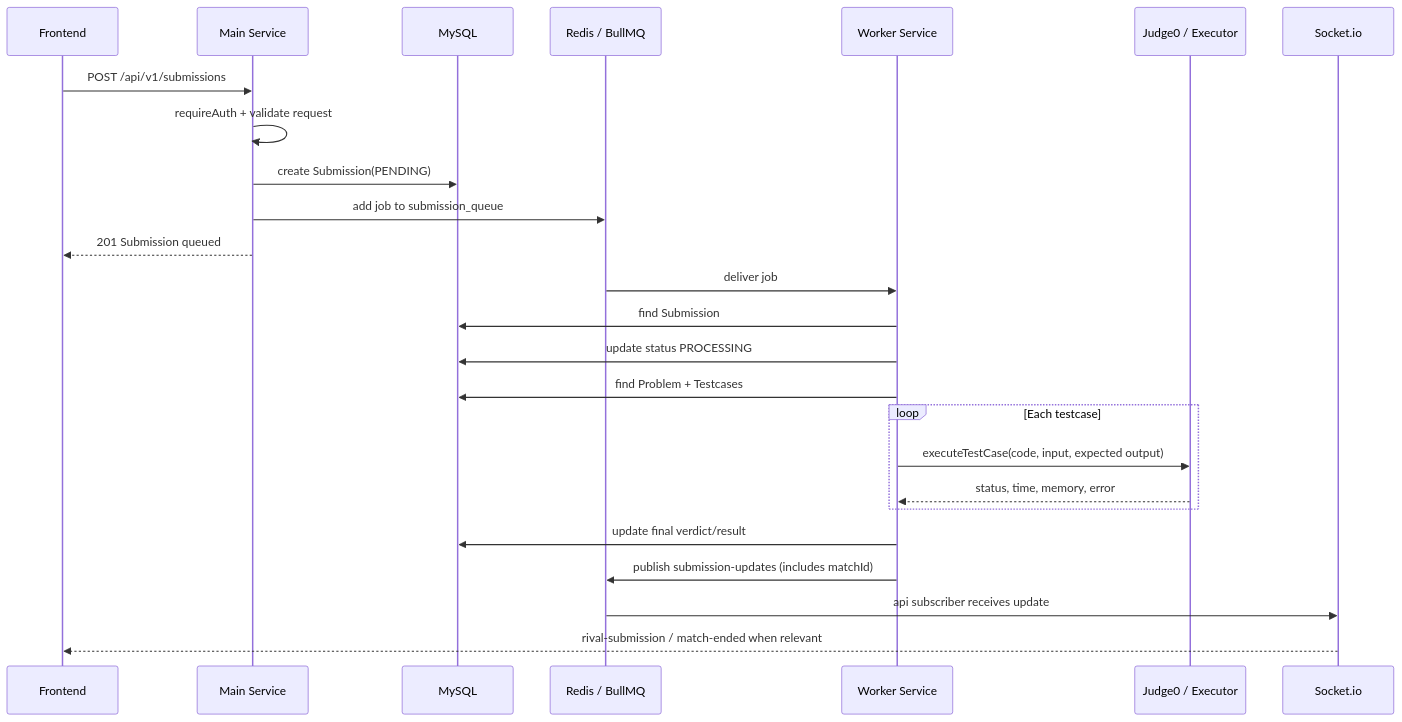
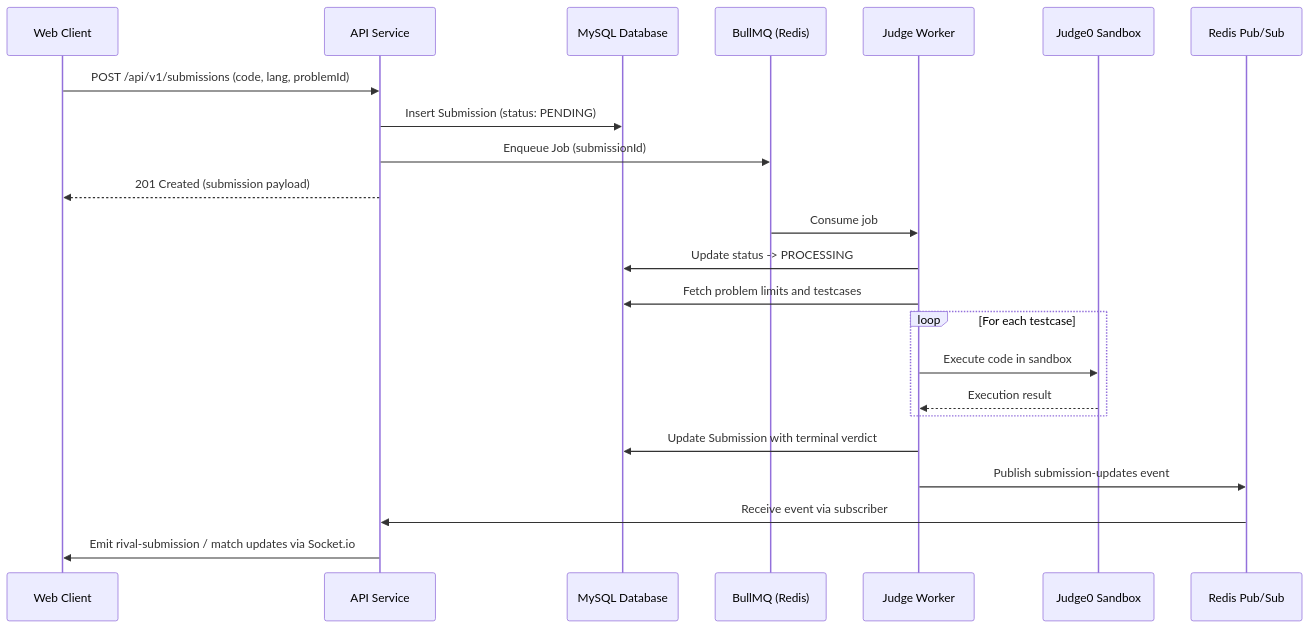
One commit to jack1e2401/fessior changed the diagram in docs/judging-pipeline.md. Above: the diagram before and after it, drawn with Mermaid. The commit also changed other lines of this file and 55 other files, not shown here.

````diff
--- a/docs/judging-pipeline.md
+++ b/docs/judging-pipeline.md
@@ -7,31 +11,27 @@
 ```mermaid
 sequenceDiagram
-  participant FE as Frontend
-  participant API as Main Service
-  participant MySQL as MySQL
-  participant Redis as Redis / BullMQ
-  participant Worker as Worker Service
-  participant Judge as Judge0 / Executor
-  participant Socket as Socket.io
+  participant Client as Web Client
+  participant API as API Service
+  participant MySQL as MySQL Database
+  participant Queue as BullMQ (Redis)
+  participant Worker as Judge Worker
+  participant Judge0 as Judge0 Sandbox
+  participant PubSub as Redis Pub/Sub
 
-  FE->>API: POST /api/v1/submissions
-  API->>API: requireAuth + validate request
-  API->>MySQL: create Submission(PENDING)
-  API->>Redis: add job to submission_queue
-  API-->>FE: 201 Submission queued
+  Client->>API: POST /api/v1/submissions (code, lang, problemId)
+  API->>MySQL: Insert Submission (status: PENDING)
+  API->>Queue: Enqueue Job (submissionId)
+  API-->>Client: 201 Created (submission payload)
 
-  Redis->>Worker: deliver job
-  Worker->>MySQL: find Submission
-  Worker->>MySQL: update status PROCESSING
-  Worker->>MySQL: find Problem + Testcases
-
-  loop Each testcase
-    Worker->>Judge: executeTestCase(code, input, expected output)
-    Judge-->>Worker: status, time, memory, error
+  Queue->>Worker: Consume job
+  Worker->>MySQL: Update status -> PROCESSING
+  Worker->>MySQL: Fetch problem limits and testcases
+  loop For each testcase
+    Worker->>Judge0: Execute code in sandbox
+    Judge0-->>Worker: Execution result
   end
-
-  Worker->>MySQL: update final verdict/result
-  Worker->>Redis: publish submission-updates (includes matchId)
-  Redis->>Socket: api subscriber receives update
-  Socket-->>FE: rival-submission / match-ended when relevant
+  Worker->>MySQL: Update Submission with terminal verdict
+  Worker->>PubSub: Publish submission-updates event
+  PubSub->>API: Receive event via subscriber
+  API->>Client: Emit rival-submission / match updates via Socket.io
 ```
````
